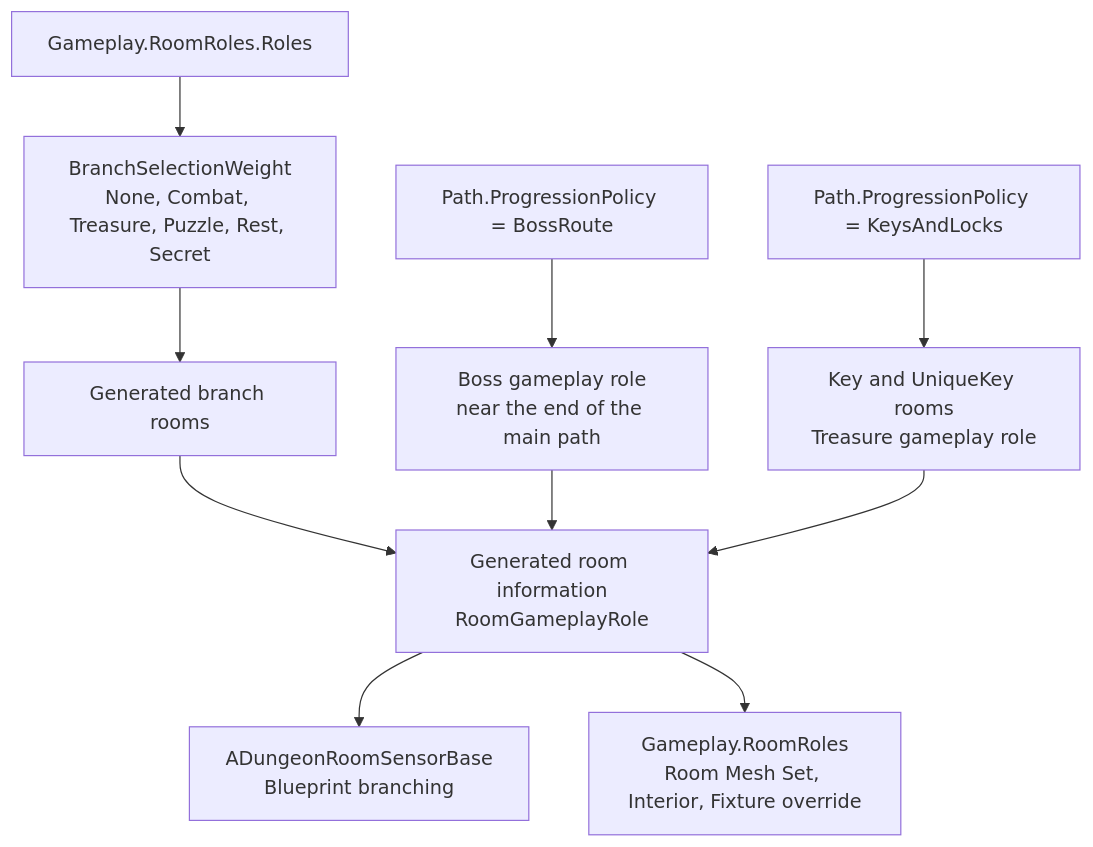
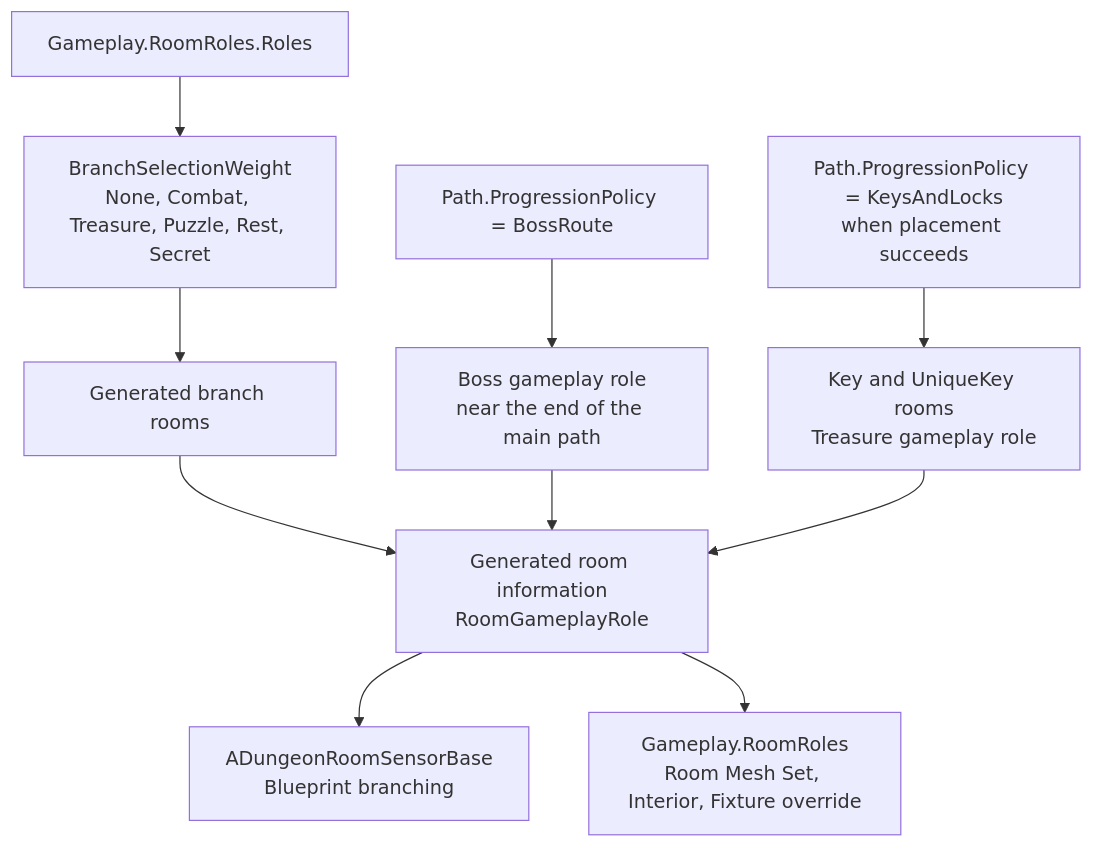
The third of 5 diagrams in Document/tutorial/UDungeonGenerateParameter.en.md (shun126/DungeonGenerator), drawn with Mermaid before and after one commit. The commit also changed other lines of this file and 332 other files, not shown here.

````diff
--- a/Document/tutorial/UDungeonGenerateParameter.en.md
+++ b/Document/tutorial/UDungeonGenerateParameter.en.md
@@ -138,12 +140,12 @@
 ```mermaid
 graph TD;
     Profiles["Gameplay.RoomRoles.Roles"] --> Weights["BranchSelectionWeight<br/>None, Combat, Treasure, Puzzle, Rest, Secret"]
     Weights --> BranchRooms["Generated branch rooms"]
     BossPolicy["Path.ProgressionPolicy = BossRoute"] --> BossRoom["Boss gameplay role<br/>near the end of the main path"]
-    KeyPolicy["Path.ProgressionPolicy = KeysAndLocks"] --> KeyRooms["Key and UniqueKey rooms<br/>Treasure gameplay role"]
+    KeyPolicy["Path.ProgressionPolicy = KeysAndLocks<br/>when placement succeeds"] --> KeyRooms["Key and UniqueKey rooms<br/>Treasure gameplay role"]
     BranchRooms --> GeneratedInfo["Generated room information<br/>RoomGameplayRole"]
     BossRoom --> GeneratedInfo
     KeyRooms --> GeneratedInfo
     GeneratedInfo --> Sensor["ADungeonRoomSensorBase<br/>Blueprint branching"]
     GeneratedInfo --> RoleTheme["Gameplay.RoomRoles<br/>Room Mesh Set, Interior, Fixture override"]
 ```
````
